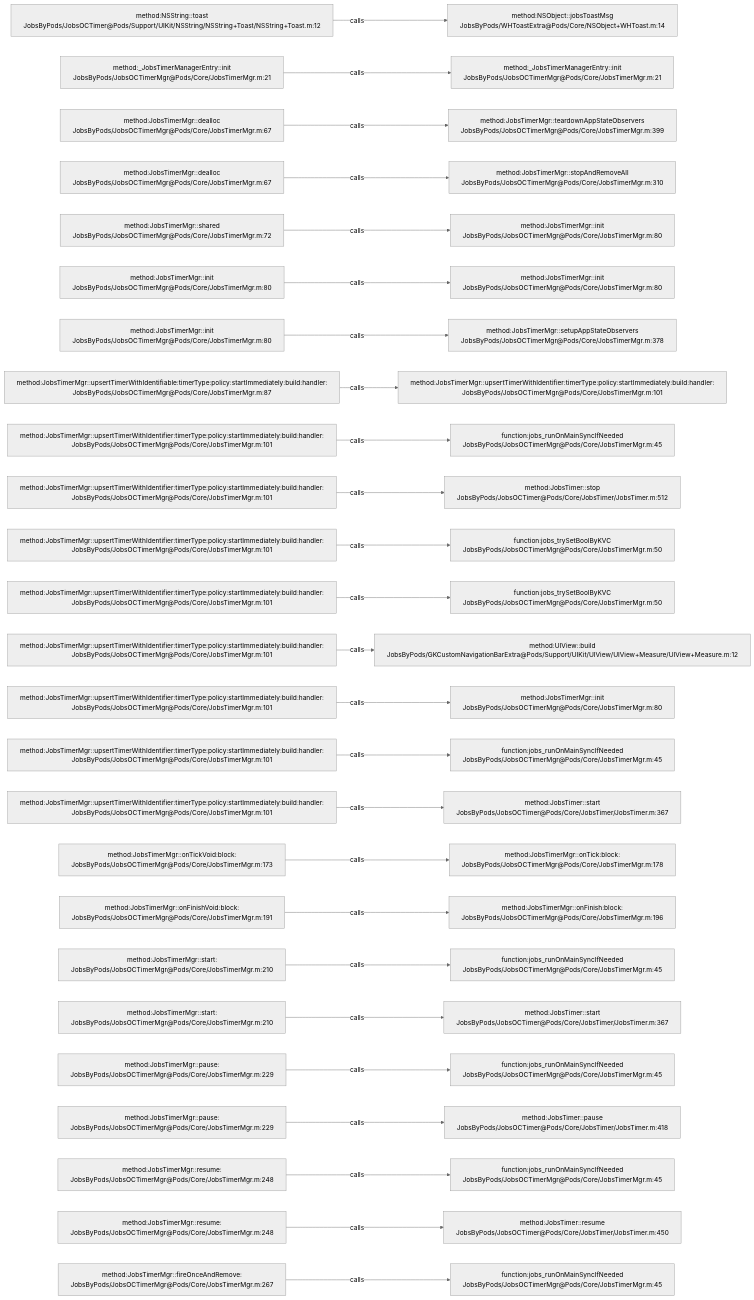
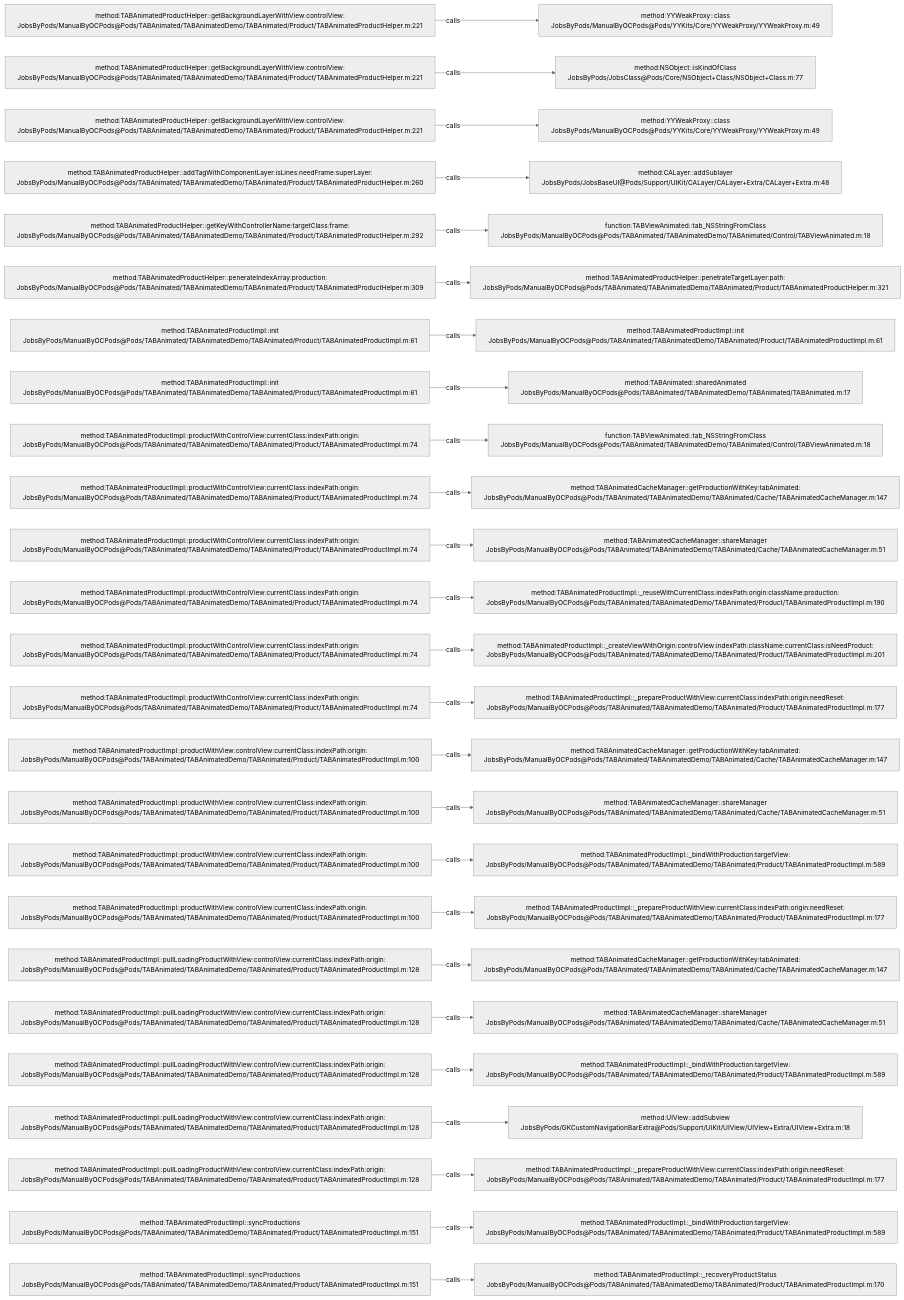
Before and after one commit to JobsKits/JobsOCBaseConfigDemo: the diagram in .codegraph/codegraph.md/graphs/calls-140.md, drawn with Mermaid (neutral theme). The commit also changed 573 other files, not shown here.

````diff
--- a/.codegraph/codegraph.md/graphs/calls-140.md
+++ b/.codegraph/codegraph.md/graphs/calls-140.md
@@ -13,78 +13,78 @@
 ```mermaid
 flowchart LR
-  S1["method:NSString::toast<br/>JobsByPods/JobsOCTimer@Pods/Support/UIKit/NSString/NSString+Toast/NSString+Toast.m:12"]
-  T1["method:NSObject::jobsToastMsg<br/>JobsByPods/WHToastExtra@Pods/Core/NSObject+WHToast.m:14"]
+  S1["method:TABAnimatedProductHelper::getBackgroundLayerWithView:controlView:<br/>JobsByPods/ManualByOCPods@Pods/TABAnimated/TABAnimatedDemo/TABAnimated/Product/TABAnimatedProductHelper.m:221"]
+  T1["method:YYWeakProxy::class<br/>JobsByPods/ManualByOCPods@Pods/YYKits/Core/YYWeakProxy/YYWeakProxy.m:49"]
   S1 -->|calls| T1
-  S2["method:_JobsTimerManagerEntry::init<br/>JobsByPods/JobsOCTimerMgr@Pods/Core/JobsTimerMgr.m:21"]
-  T2["method:_JobsTimerManagerEntry::init<br/>JobsByPods/JobsOCTimerMgr@Pods/Core/JobsTimerMgr.m:21"]
+  S2["method:TABAnimatedProductHelper::getBackgroundLayerWithView:controlView:<br/>JobsByPods/ManualByOCPods@Pods/TABAnimated/TABAnimatedDemo/TABAnimated/Product/TABAnimatedProductHelper.m:221"]
+  T2["method:NSObject::isKindOfClass<br/>JobsByPods/JobsClass@Pods/Core/NSObject+Class/NSObject+Class.m:77"]
   S2 -->|calls| T2
-  S3["method:JobsTimerMgr::dealloc<br/>JobsByPods/JobsOCTimerMgr@Pods/Core/JobsTimerMgr.m:67"]
-  T3["method:JobsTimerMgr::teardownAppStateObservers<br/>JobsByPods/JobsOCTimerMgr@Pods/Core/JobsTimerMgr.m:399"]
+  S3["method:TABAnimatedProductHelper::getBackgroundLayerWithView:controlView:<br/>JobsByPods/ManualByOCPods@Pods/TABAnimated/TABAnimatedDemo/TABAnimated/Product/TABAnimatedProductHelper.m:221"]
+  T3["method:YYWeakProxy::class<br/>JobsByPods/ManualByOCPods@Pods/YYKits/Core/YYWeakProxy/YYWeakProxy.m:49"]
   S3 -->|calls| T3
-  S4["method:JobsTimerMgr::dealloc<br/>JobsByPods/JobsOCTimerMgr@Pods/Core/JobsTimerMgr.m:67"]
-  T4["method:JobsTimerMgr::stopAndRemoveAll<br/>JobsByPods/JobsOCTimerMgr@Pods/Core/JobsTimerMgr.m:310"]
+  S4["method:TABAnimatedProductHelper::addTagWithComponentLayer:isLines:needFrame:superLayer:<br/>JobsByPods/ManualByOCPods@Pods/TABAnimated/TABAnimatedDemo/TABAnimated/Product/TABAnimatedProductHelper.m:260"]
+  T4["method:CALayer::addSublayer<br/>JobsByPods/JobsBaseUI@Pods/Support/UIKit/CALayer/CALayer+Extra/CALayer+Extra.m:48"]
   S4 -->|calls| T4
-  S5["method:JobsTimerMgr::shared<br/>JobsByPods/JobsOCTimerMgr@Pods/Core/JobsTimerMgr.m:72"]
-  T5["method:JobsTimerMgr::init<br/>JobsByPods/JobsOCTimerMgr@Pods/Core/JobsTimerMgr.m:80"]
+  S5["method:TABAnimatedProductHelper::getKeyWithControllerName:targetClass:frame:<br/>JobsByPods/ManualByOCPods@Pods/TABAnimated/TABAnimatedDemo/TABAnimated/Product/TABAnimatedProductHelper.m:292"]
+  T5["function:TABViewAnimated::tab_NSStringFromClass<br/>JobsByPods/ManualByOCPods@Pods/TABAnimated/TABAnimatedDemo/TABAnimated/Control/TABViewAnimated.m:18"]
   S5 -->|calls| T5
-  S6["method:JobsTimerMgr::init<br/>JobsByPods/JobsOCTimerMgr@Pods/Core/JobsTimerMgr.m:80"]
-  T6["method:JobsTimerMgr::init<br/>JobsByPods/JobsOCTimerMgr@Pods/Core/JobsTimerMgr.m:80"]
+  S6["method:TABAnimatedProductHelper::penerateIndexArray:production:<br/>JobsByPods/ManualByOCPods@Pods/TABAnimated/TABAnimatedDemo/TABAnimated/Product/TABAnimatedProductHelper.m:309"]
+  T6["method:TABAnimatedProductHelper::penetrateTargetLayer:path:<br/>JobsByPods/ManualByOCPods@Pods/TABAnimated/TABAnimatedDemo/TABAnimated/Product/TABAnimatedProductHelper.m:321"]
   S6 -->|calls| T6
-  S7["method:JobsTimerMgr::init<br/>JobsByPods/JobsOCTimerMgr@Pods/Core/JobsTimerMgr.m:80"]
-  T7["method:JobsTimerMgr::setupAppStateObservers<br/>JobsByPods/JobsOCTimerMgr@Pods/Core/JobsTimerMgr.m:378"]
+  S7["method:TABAnimatedProductImpl::init<br/>JobsByPods/ManualByOCPods@Pods/TABAnimated/TABAnimatedDemo/TABAnimated/Product/TABAnimatedProductImpl.m:61"]
+  T7["method:TABAnimatedProductImpl::init<br/>JobsByPods/ManualByOCPods@Pods/TABAnimated/TABAnimatedDemo/TABAnimated/Product/TABAnimatedProductImpl.m:61"]
   S7 -->|calls| T7
-  S8["method:JobsTimerMgr::upsertTimerWithIdentifiable:timerType:policy:startImmediately:build:handler:<br/>JobsByPods/JobsOCTimerMgr@Pods/Core/JobsTimerMgr.m:87"]
-  T8["method:JobsTimerMgr::upsertTimerWithIdentifier:timerType:policy:startImmediately:build:handler:<br/>JobsByPods/JobsOCTimerMgr@Pods/Core/JobsTimerMgr.m:101"]
+  S8["method:TABAnimatedProductImpl::init<br/>JobsByPods/ManualByOCPods@Pods/TABAnimated/TABAnimatedDemo/TABAnimated/Product/TABAnimatedProductImpl.m:61"]
+  T8["method:TABAnimated::sharedAnimated<br/>JobsByPods/ManualByOCPods@Pods/TABAnimated/TABAnimatedDemo/TABAnimated/TABAnimated.m:17"]
   S8 -->|calls| T8
-  S9["method:JobsTimerMgr::upsertTimerWithIdentifier:timerType:policy:startImmediately:build:handler:<br/>JobsByPods/JobsOCTimerMgr@Pods/Core/JobsTimerMgr.m:101"]
-  T9["function:jobs_runOnMainSyncIfNeeded<br/>JobsByPods/JobsOCTimerMgr@Pods/Core/JobsTimerMgr.m:45"]
+  S9["method:TABAnimatedProductImpl::productWithControlView:currentClass:indexPath:origin:<br/>JobsByPods/ManualByOCPods@Pods/TABAnimated/TABAnimatedDemo/TABAnimated/Product/TABAnimatedProductImpl.m:74"]
+  T9["function:TABViewAnimated::tab_NSStringFromClass<br/>JobsByPods/ManualByOCPods@Pods/TABAnimated/TABAnimatedDemo/TABAnimated/Control/TABViewAnimated.m:18"]
   S9 -->|calls| T9
-  S10["method:JobsTimerMgr::upsertTimerWithIdentifier:timerType:policy:startImmediately:build:handler:<br/>JobsByPods/JobsOCTimerMgr@Pods/Core/JobsTimerMgr.m:101"]
-  T10["method:JobsTimer::stop<br/>JobsByPods/JobsOCTimer@Pods/Core/JobsTimer/JobsTimer.m:512"]
+  S10["method:TABAnimatedProductImpl::productWithControlView:currentClass:indexPath:origin:<br/>JobsByPods/ManualByOCPods@Pods/TABAnimated/TABAnimatedDemo/TABAnimated/Product/TABAnimatedProductImpl.m:74"]
+  T10["method:TABAnimatedCacheManager::getProductionWithKey:tabAnimated:<br/>JobsByPods/ManualByOCPods@Pods/TABAnimated/TABAnimatedDemo/TABAnimated/Cache/TABAnimatedCacheManager.m:147"]
   S10 -->|calls| T10
-  S11["method:JobsTimerMgr::upsertTimerWithIdentifier:timerType:policy:startImmediately:build:handler:<br/>JobsByPods/JobsOCTimerMgr@Pods/Core/JobsTimerMgr.m:101"]
-  T11["function:jobs_trySetBoolByKVC<br/>JobsByPods/JobsOCTimerMgr@Pods/Core/JobsTimerMgr.m:50"]
+  S11["method:TABAnimatedProductImpl::productWithControlView:currentClass:indexPath:origin:<br/>JobsByPods/ManualByOCPods@Pods/TABAnimated/TABAnimatedDemo/TABAnimated/Product/TABAnimatedProductImpl.m:74"]
+  T11["method:TABAnimatedCacheManager::shareManager<br/>JobsByPods/ManualByOCPods@Pods/TABAnimated/TABAnimatedDemo/TABAnimated/Cache/TABAnimatedCacheManager.m:51"]
   S11 -->|calls| T11
-  S12["method:JobsTimerMgr::upsertTimerWithIdentifier:timerType:policy:startImmediately:build:handler:<br/>JobsByPods/JobsOCTimerMgr@Pods/Core/JobsTimerMgr.m:101"]
-  T12["function:jobs_trySetBoolByKVC<br/>JobsByPods/JobsOCTimerMgr@Pods/Core/JobsTimerMgr.m:50"]
+  S12["method:TABAnimatedProductImpl::productWithControlView:currentClass:indexPath:origin:<br/>JobsByPods/ManualByOCPods@Pods/TABAnimated/TABAnimatedDemo/TABAnimated/Product/TABAnimatedProductImpl.m:74"]
+  T12["method:TABAnimatedProductImpl::_reuseWithCurrentClass:indexPath:origin:className:production:<br/>JobsByPods/ManualByOCPods@Pods/TABAnimated/TABAnimatedDemo/TABAnimated/Product/TABAnimatedProductImpl.m:190"]
   S12 -->|calls| T12
-  S13["method:JobsTimerMgr::upsertTimerWithIdentifier:timerType:policy:startImmediately:build:handler:<br/>JobsByPods/JobsOCTimerMgr@Pods/Core/JobsTimerMgr.m:101"]
-  T13["method:UIView::build<br/>JobsByPods/GKCustomNavigationBarExtra@Pods/Support/UIKit/UIView/UIView+Measure/UIView+Measure.m:12"]
+  S13["method:TABAnimatedProductImpl::productWithControlView:currentClass:indexPath:origin:<br/>JobsByPods/ManualByOCPods@Pods/TABAnimated/TABAnimatedDemo/TABAnimated/Product/TABAnimatedProductImpl.m:74"]
+  T13["method:TABAnimatedProductImpl::_createViewWithOrigin:controlView:indexPath:className:currentClass:isNeedProduct:<br/>JobsByPods/ManualByOCPods@Pods/TABAnimated/TABAnimatedDemo/TABAnimated/Product/TABAnimatedProductImpl.m:201"]
   S13 -->|calls| T13
-  S14["method:JobsTimerMgr::upsertTimerWithIdentifier:timerType:policy:startImmediately:build:handler:<br/>JobsByPods/JobsOCTimerMgr@Pods/Core/JobsTimerMgr.m:101"]
-  T14["method:JobsTimerMgr::init<br/>JobsByPods/JobsOCTimerMgr@Pods/Core/JobsTimerMgr.m:80"]
+  S14["method:TABAnimatedProductImpl::productWithControlView:currentClass:indexPath:origin:<br/>JobsByPods/ManualByOCPods@Pods/TABAnimated/TABAnimatedDemo/TABAnimated/Product/TABAnimatedProductImpl.m:74"]
+  T14["method:TABAnimatedProductImpl::_prepareProductWithView:currentClass:indexPath:origin:needReset:<br/>JobsByPods/ManualByOCPods@Pods/TABAnimated/TABAnimatedDemo/TABAnimated/Product/TABAnimatedProductImpl.m:177"]
   S14 -->|calls| T14
-  S15["method:JobsTimerMgr::upsertTimerWithIdentifier:timerType:policy:startImmediately:build:handler:<br/>JobsByPods/JobsOCTimerMgr@Pods/Core/JobsTimerMgr.m:101"]
-  T15["function:jobs_runOnMainSyncIfNeeded<br/>JobsByPods/JobsOCTimerMgr@Pods/Core/JobsTimerMgr.m:45"]
+  S15["method:TABAnimatedProductImpl::productWithView:controlView:currentClass:indexPath:origin:<br/>JobsByPods/ManualByOCPods@Pods/TABAnimated/TABAnimatedDemo/TABAnimated/Product/TABAnimatedProductImpl.m:100"]
+  T15["method:TABAnimatedCacheManager::getProductionWithKey:tabAnimated:<br/>JobsByPods/ManualByOCPods@Pods/TABAnimated/TABAnimatedDemo/TABAnimated/Cache/TABAnimatedCacheManager.m:147"]
   S15 -->|calls| T15
-  S16["method:JobsTimerMgr::upsertTimerWithIdentifier:timerType:policy:startImmediately:build:handler:<br/>JobsByPods/JobsOCTimerMgr@Pods/Core/JobsTimerMgr.m:101"]
-  T16["method:JobsTimer::start<br/>JobsByPods/JobsOCTimer@Pods/Core/JobsTimer/JobsTimer.m:367"]
+  S16["method:TABAnimatedProductImpl::productWithView:controlView:currentClass:indexPath:origin:<br/>JobsByPods/ManualByOCPods@Pods/TABAnimated/TABAnimatedDemo/TABAnimated/Product/TABAnimatedProductImpl.m:100"]
+  T16["method:TABAnimatedCacheManager::shareManager<br/>JobsByPods/ManualByOCPods@Pods/TABAnimated/TABAnimatedDemo/TABAnimated/Cache/TABAnimatedCacheManager.m:51"]
   S16 -->|calls| T16
-  S17["method:JobsTimerMgr::onTickVoid:block:<br/>JobsByPods/JobsOCTimerMgr@Pods/Core/JobsTimerMgr.m:173"]
-  T17["method:JobsTimerMgr::onTick:block:<br/>JobsByPods/JobsOCTimerMgr@Pods/Core/JobsTimerMgr.m:178"]
+  S17["method:TABAnimatedProductImpl::productWithView:controlView:currentClass:indexPath:origin:<br/>JobsByPods/ManualByOCPods@Pods/TABAnimated/TABAnimatedDemo/TABAnimated/Product/TABAnimatedProductImpl.m:100"]
+  T17["method:TABAnimatedProductImpl::_bindWithProduction:targetView:<br/>JobsByPods/ManualByOCPods@Pods/TABAnimated/TABAnimatedDemo/TABAnimated/Product/TABAnimatedProductImpl.m:589"]
   S17 -->|calls| T17
-  S18["method:JobsTimerMgr::onFinishVoid:block:<br/>JobsByPods/JobsOCTimerMgr@Pods/Core/JobsTimerMgr.m:191"]
-  T18["method:JobsTimerMgr::onFinish:block:<br/>JobsByPods/JobsOCTimerMgr@Pods/Core/JobsTimerMgr.m:196"]
+  S18["method:TABAnimatedProductImpl::productWithView:controlView:currentClass:indexPath:origin:<br/>JobsByPods/ManualByOCPods@Pods/TABAnimated/TABAnimatedDemo/TABAnimated/Product/TABAnimatedProductImpl.m:100"]
+  T18["method:TABAnimatedProductImpl::_prepareProductWithView:currentClass:indexPath:origin:needReset:<br/>JobsByPods/ManualByOCPods@Pods/TABAnimated/TABAnimatedDemo/TABAnimated/Product/TABAnimatedProductImpl.m:177"]
   S18 -->|calls| T18
-  S19["method:JobsTimerMgr::start:<br/>JobsByPods/JobsOCTimerMgr@Pods/Core/JobsTimerMgr.m:210"]
-  T19["function:jobs_runOnMainSyncIfNeeded<br/>JobsByPods/JobsOCTimerMgr@Pods/Core/JobsTimerMgr.m:45"]
+  S19["method:TABAnimatedProductImpl::pullLoadingProductWithView:controlView:currentClass:indexPath:origin:<br/>JobsByPods/ManualByOCPods@Pods/TABAnimated/TABAnimatedDemo/TABAnimated/Product/TABAnimatedProductImpl.m:128"]
+  T19["method:TABAnimatedCacheManager::getProductionWithKey:tabAnimated:<br/>JobsByPods/ManualByOCPods@Pods/TABAnimated/TABAnimatedDemo/TABAnimated/Cache/TABAnimatedCacheManager.m:147"]
   S19 -->|calls| T19
-  S20["method:JobsTimerMgr::start:<br/>JobsByPods/JobsOCTimerMgr@Pods/Core/JobsTimerMgr.m:210"]
-  T20["method:JobsTimer::start<br/>JobsByPods/JobsOCTimer@Pods/Core/JobsTimer/JobsTimer.m:367"]
+  S20["method:TABAnimatedProductImpl::pullLoadingProductWithView:controlView:currentClass:indexPath:origin:<br/>JobsByPods/ManualByOCPods@Pods/TABAnimated/TABAnimatedDemo/TABAnimated/Product/TABAnimatedProductImpl.m:128"]
+  T20["method:TABAnimatedCacheManager::shareManager<br/>JobsByPods/ManualByOCPods@Pods/TABAnimated/TABAnimatedDemo/TABAnimated/Cache/TABAnimatedCacheManager.m:51"]
   S20 -->|calls| T20
-  S21["method:JobsTimerMgr::pause:<br/>JobsByPods/JobsOCTimerMgr@Pods/Core/JobsTimerMgr.m:229"]
-  T21["function:jobs_runOnMainSyncIfNeeded<br/>JobsByPods/JobsOCTimerMgr@Pods/Core/JobsTimerMgr.m:45"]
+  S21["method:TABAnimatedProductImpl::pullLoadingProductWithView:controlView:currentClass:indexPath:origin:<br/>JobsByPods/ManualByOCPods@Pods/TABAnimated/TABAnimatedDemo/TABAnimated/Product/TABAnimatedProductImpl.m:128"]
+  T21["method:TABAnimatedProductImpl::_bindWithProduction:targetView:<br/>JobsByPods/ManualByOCPods@Pods/TABAnimated/TABAnimatedDemo/TABAnimated/Product/TABAnimatedProductImpl.m:589"]
   S21 -->|calls| T21
-  S22["method:JobsTimerMgr::pause:<br/>JobsByPods/JobsOCTimerMgr@Pods/Core/JobsTimerMgr.m:229"]
-  T22["method:JobsTimer::pause<br/>JobsByPods/JobsOCTimer@Pods/Core/JobsTimer/JobsTimer.m:418"]
+  S22["method:TABAnimatedProductImpl::pullLoadingProductWithView:controlView:currentClass:indexPath:origin:<br/>JobsByPods/ManualByOCPods@Pods/TABAnimated/TABAnimatedDemo/TABAnimated/Product/TABAnimatedProductImpl.m:128"]
+  T22["method:UIView::addSubview<br/>JobsByPods/GKCustomNavigationBarExtra@Pods/Support/UIKit/UIView/UIView+Extra/UIView+Extra.m:18"]
   S22 -->|calls| T22
-  S23["method:JobsTimerMgr::resume:<br/>JobsByPods/JobsOCTimerMgr@Pods/Core/JobsTimerMgr.m:248"]
-  T23["function:jobs_runOnMainSyncIfNeeded<br/>JobsByPods/JobsOCTimerMgr@Pods/Core/JobsTimerMgr.m:45"]
+  S23["method:TABAnimatedProductImpl::pullLoadingProductWithView:controlView:currentClass:indexPath:origin:<br/>JobsByPods/ManualByOCPods@Pods/TABAnimated/TABAnimatedDemo/TABAnimated/Product/TABAnimatedProductImpl.m:128"]
+  T23["method:TABAnimatedProductImpl::_prepareProductWithView:currentClass:indexPath:origin:needReset:<br/>JobsByPods/ManualByOCPods@Pods/TABAnimated/TABAnimatedDemo/TABAnimated/Product/TABAnimatedProductImpl.m:177"]
   S23 -->|calls| T23
-  S24["method:JobsTimerMgr::resume:<br/>JobsByPods/JobsOCTimerMgr@Pods/Core/JobsTimerMgr.m:248"]
-  T24["method:JobsTimer::resume<br/>JobsByPods/JobsOCTimer@Pods/Core/JobsTimer/JobsTimer.m:450"]
+  S24["method:TABAnimatedProductImpl::syncProductions<br/>JobsByPods/ManualByOCPods@Pods/TABAnimated/TABAnimatedDemo/TABAnimated/Product/TABAnimatedProductImpl.m:151"]
+  T24["method:TABAnimatedProductImpl::_bindWithProduction:targetView:<br/>JobsByPods/ManualByOCPods@Pods/TABAnimated/TABAnimatedDemo/TABAnimated/Product/TABAnimatedProductImpl.m:589"]
   S24 -->|calls| T24
-  S25["method:JobsTimerMgr::fireOnceAndRemove:<br/>JobsByPods/JobsOCTimerMgr@Pods/Core/JobsTimerMgr.m:267"]
-  T25["function:jobs_runOnMainSyncIfNeeded<br/>JobsByPods/JobsOCTimerMgr@Pods/Core/JobsTimerMgr.m:45"]
+  S25["method:TABAnimatedProductImpl::syncProductions<br/>JobsByPods/ManualByOCPods@Pods/TABAnimated/TABAnimatedDemo/TABAnimated/Product/TABAnimatedProductImpl.m:151"]
+  T25["method:TABAnimatedProductImpl::_recoveryProductStatus<br/>JobsByPods/ManualByOCPods@Pods/TABAnimated/TABAnimatedDemo/TABAnimated/Product/TABAnimatedProductImpl.m:170"]
   S25 -->|calls| T25
 ```
````
